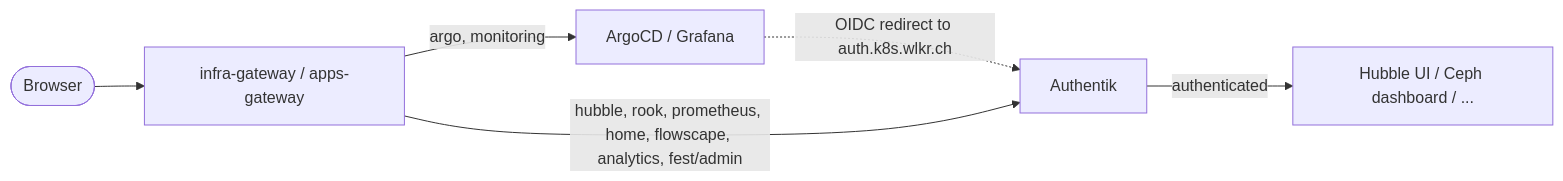
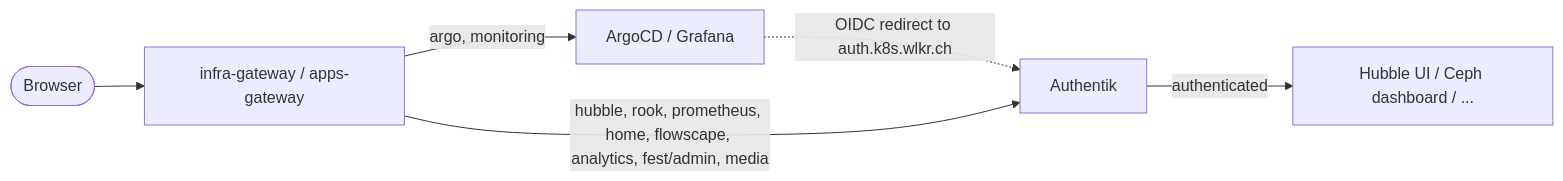
One commit to JanWelker/homelab changed the diagram in docs/platform/authentik.md. Above: the diagram before and after it, drawn with Mermaid. The commit also changed other lines of this file and 2 other files, not shown here.

Commit message:
feat(authentik): the Jellyfin proxy provider The platform half of homelab-apps#85. Jellyfin ships no OIDC, so the outpost sits in front of its own login; the provider joins the embedded outpost's list and the namespace joins the ReferenceGrant, which is what lets its route name authentik-server at all. No skip_path_regex. That makes it browsers only: the native clients speak the API directly and have nowhere to complete a login. Any regex broad enough to help would leave Jellyfin's own login as the only boundary for those paths, because nearly every Jellyfin API path sits at the root -- so it is a decision to take deliberately rather than a default.

````diff
--- a/docs/platform/authentik.md
+++ b/docs/platform/authentik.md
@@ -42,8 +42,8 @@
 ```mermaid
 flowchart LR
     U([Browser]) --> GW[infra-gateway / apps-gateway]
     GW -->|argo, monitoring| APP[ArgoCD / Grafana]
     APP -.->|OIDC redirect to auth.k8s.wlkr.ch| AK[Authentik]
-    GW -->|hubble, rook, prometheus, home, flowscape, analytics, fest/admin| AK
+    GW -->|hubble, rook, prometheus, home, flowscape, analytics, fest/admin, media| AK
     AK -->|authenticated| BE[Hubble UI / Ceph dashboard / ...]
 ```
````
